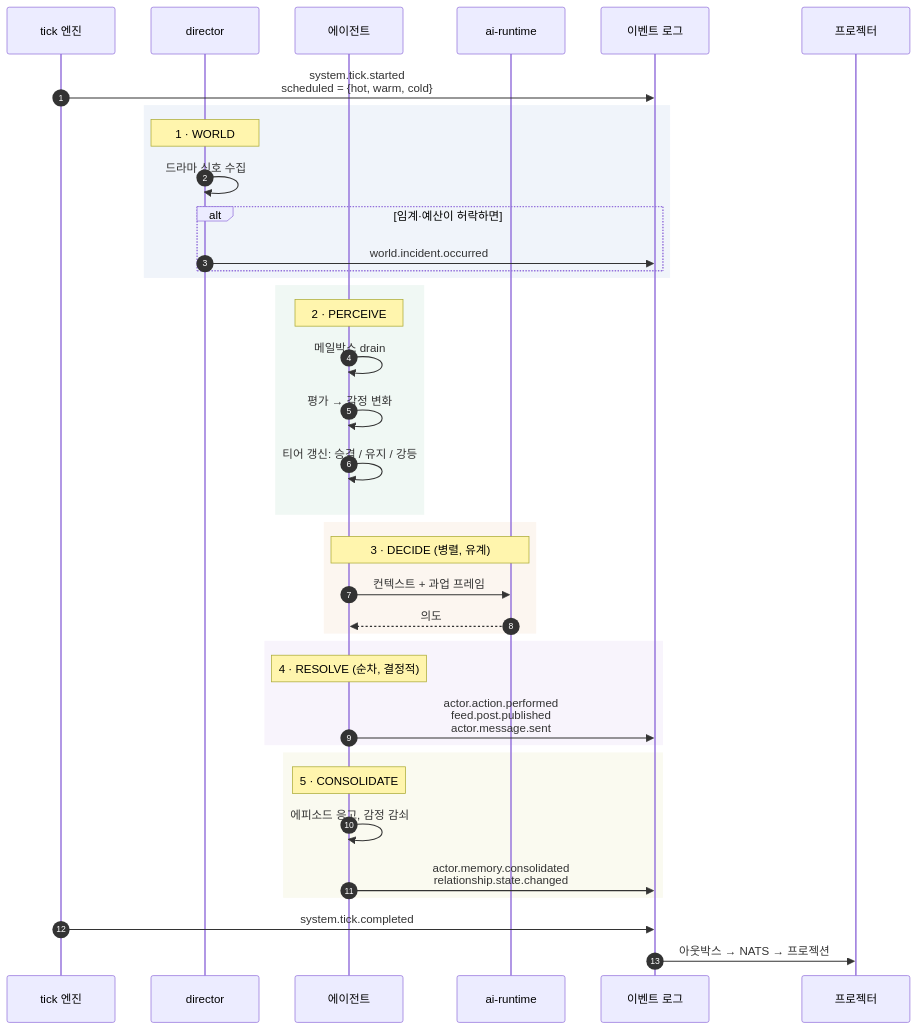
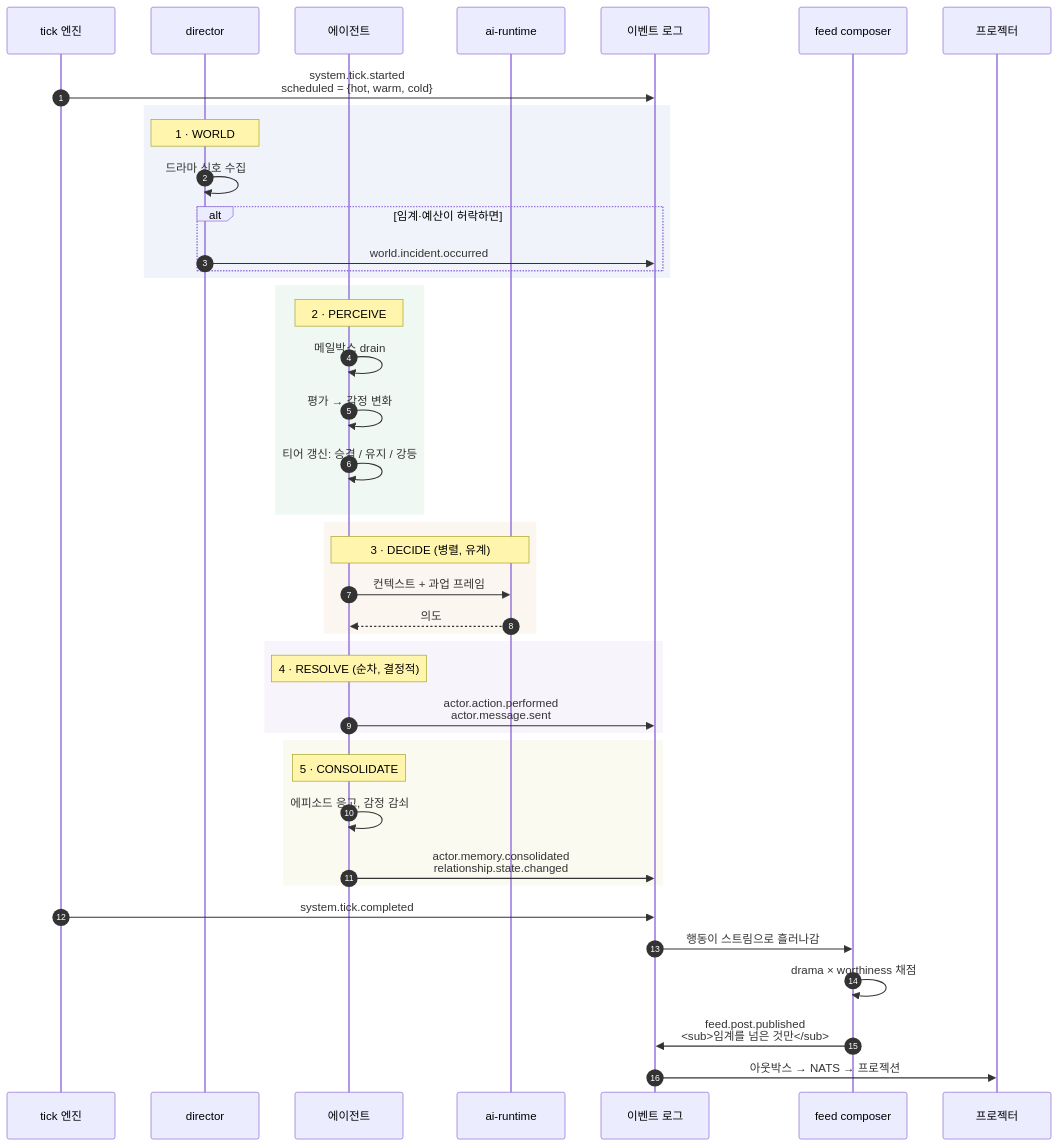
Before and after one commit to showjihyun/livingfeed: the first of 7 diagrams in guide/workflow.ko.md, drawn with Mermaid. The commit also changed other lines of this file and 5 other files, not shown here.

````diff
--- a/guide/workflow.ko.md
+++ b/guide/workflow.ko.md
@@ -23,47 +23,52 @@
 ```mermaid
 sequenceDiagram
     autonumber
     participant T as tick 엔진
     participant D as director
     participant A as 에이전트
     participant AI as ai-runtime
     participant ES as 이벤트 로그
+    participant FC as feed composer
     participant PR as 프로젝터
 
     T->>ES: system.tick.started<br/>scheduled = {hot, warm, cold}
 
     rect rgb(240, 244, 250)
     Note over D: 1 · WORLD
     D->>D: 드라마 신호 수집
     alt 임계·예산이 허락하면
         D->>ES: world.incident.occurred
     end
     end
 
     rect rgb(240, 248, 244)
     Note over A: 2 · PERCEIVE
     A->>A: 메일박스 drain
     A->>A: 평가 → 감정 변화
     A->>A: 티어 갱신: 승격 / 유지 / 강등
     end
 
     rect rgb(252, 246, 240)
     Note over A,AI: 3 · DECIDE (병렬, 유계)
     A->>AI: 컨텍스트 + 과업 프레임
     AI-->>A: 의도
     end
 
     rect rgb(248, 244, 252)
     Note over A: 4 · RESOLVE (순차, 결정적)
-    A->>ES: actor.action.performed<br/>feed.post.published<br/>actor.message.sent
+    A->>ES: actor.action.performed<br/>actor.message.sent
     end
 
     rect rgb(250, 250, 240)
     Note over A: 5 · CONSOLIDATE
     A->>A: 에피소드 응고, 감정 감쇠
     A->>ES: actor.memory.consolidated<br/>relationship.state.changed
     end
 
     T->>ES: system.tick.completed
+
+    ES->>FC: 행동이 스트림으로 흘러나감
+    FC->>FC: drama × worthiness 채점
+    FC->>ES: feed.post.published<br/><sub>임계를 넘은 것만</sub>
     ES->>PR: 아웃박스 → NATS → 프로젝션
 ```
````
